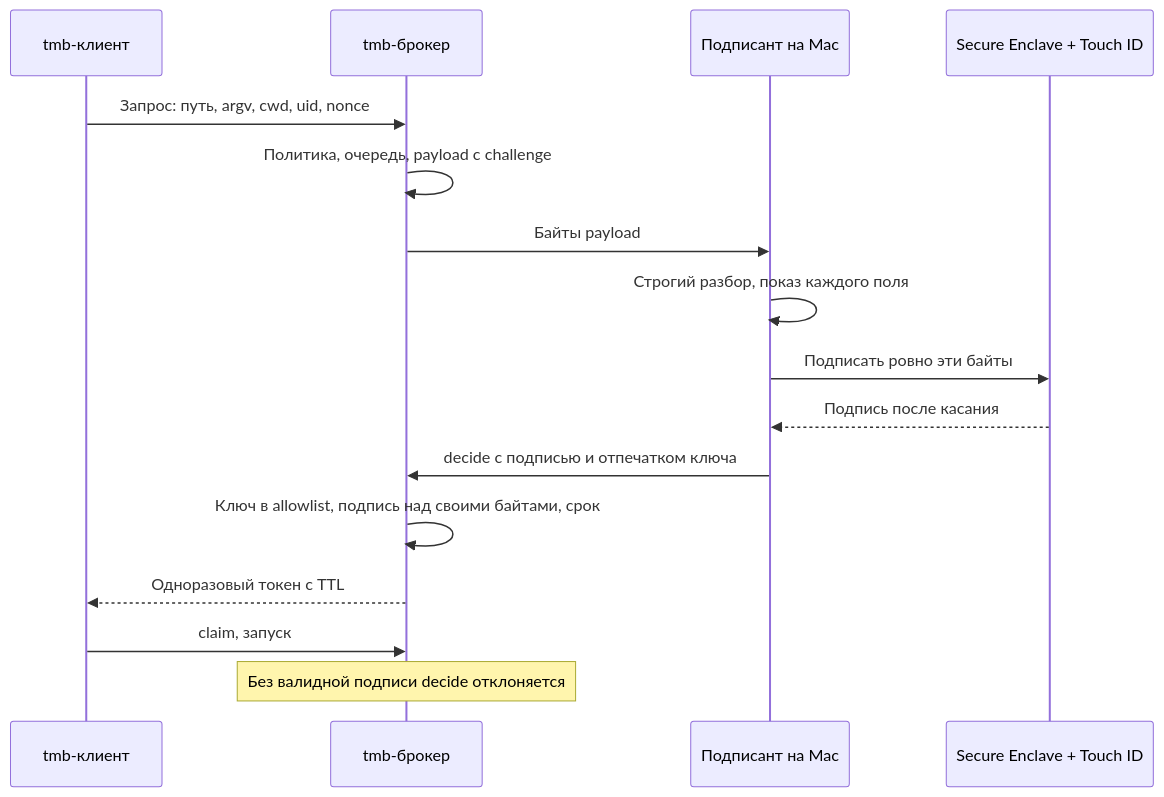
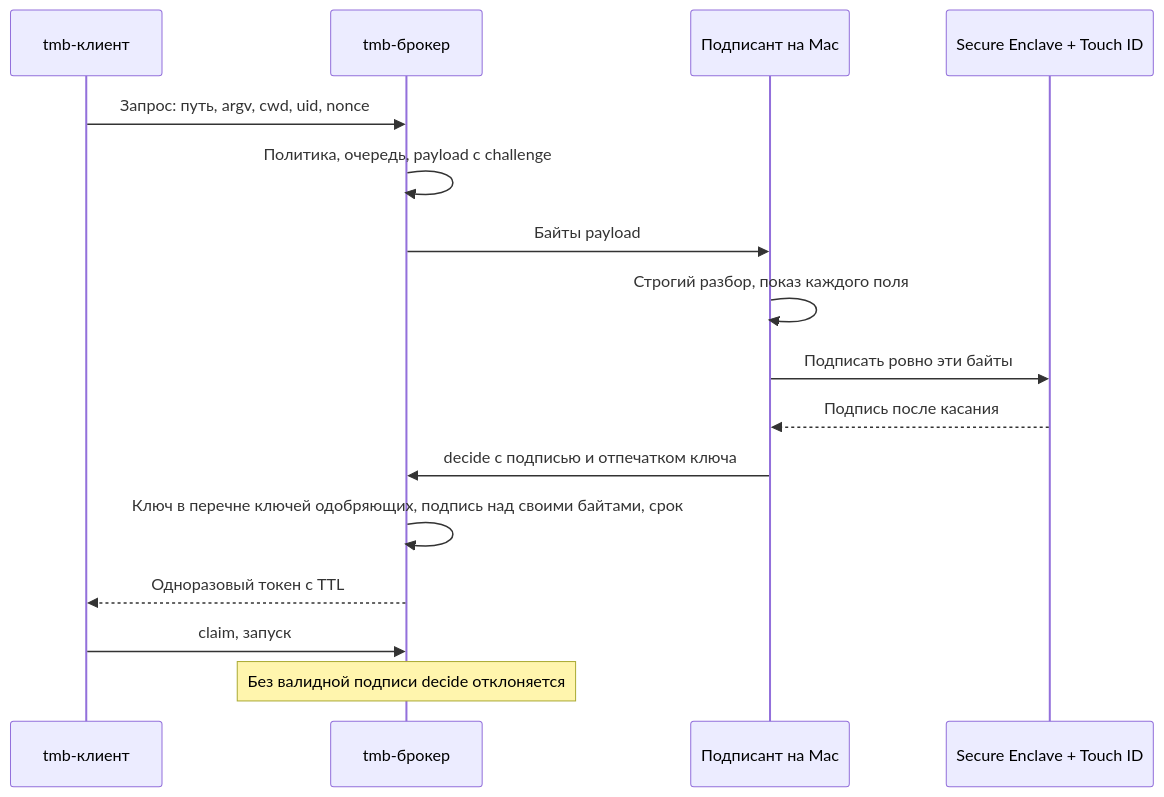
Before and after one commit to Vchekryzhov/tmb: the fourth of 4 diagrams in README.md, drawn with Mermaid. The commit also changed other lines of this file and 1 other file, not shown here.

````diff
--- a/README.md
+++ b/README.md
@@ -164,18 +164,18 @@
 ```mermaid
 sequenceDiagram
     participant A as tmb-клиент
     participant B as tmb-брокер
     participant S as Подписант на Mac
     participant E as Secure Enclave + Touch ID
     A->>B: Запрос: путь, argv, cwd, uid, nonce
     B->>B: Политика, очередь, payload с challenge
     B->>S: Байты payload
     S->>S: Строгий разбор, показ каждого поля
     S->>E: Подписать ровно эти байты
     E-->>S: Подпись после касания
     S->>B: decide с подписью и отпечатком ключа
-    B->>B: Ключ в allowlist, подпись над своими байтами, срок
+    B->>B: Ключ в перечне ключей одобряющих, подпись над своими байтами, срок
     B-->>A: Одноразовый токен с TTL
     A->>B: claim, запуск
     Note over B: Без валидной подписи decide отклоняется
 ```
````
